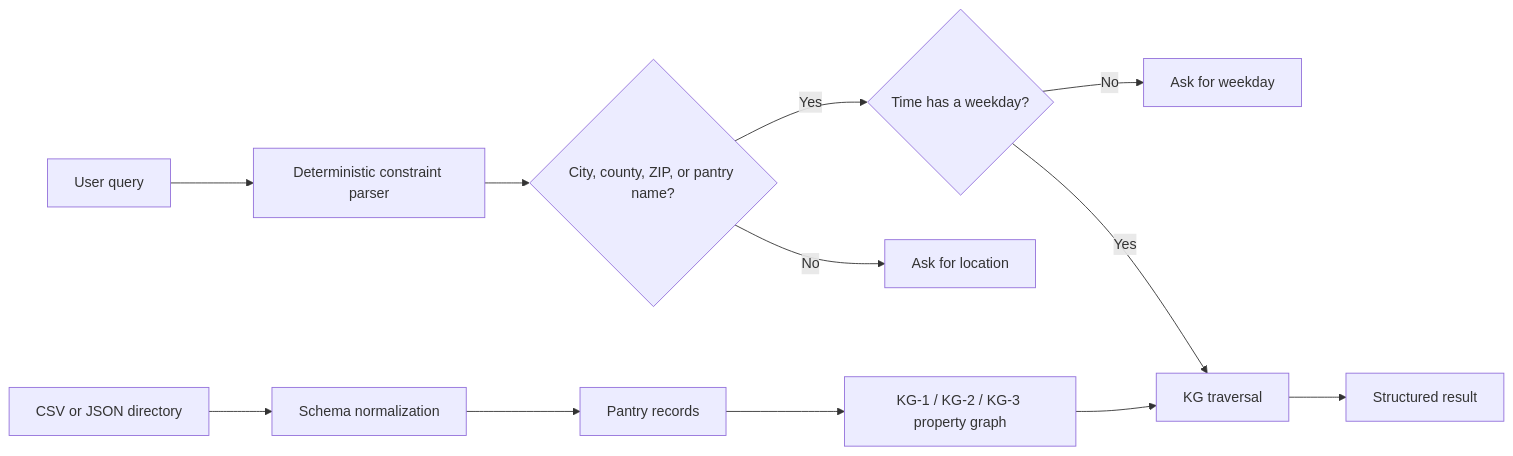
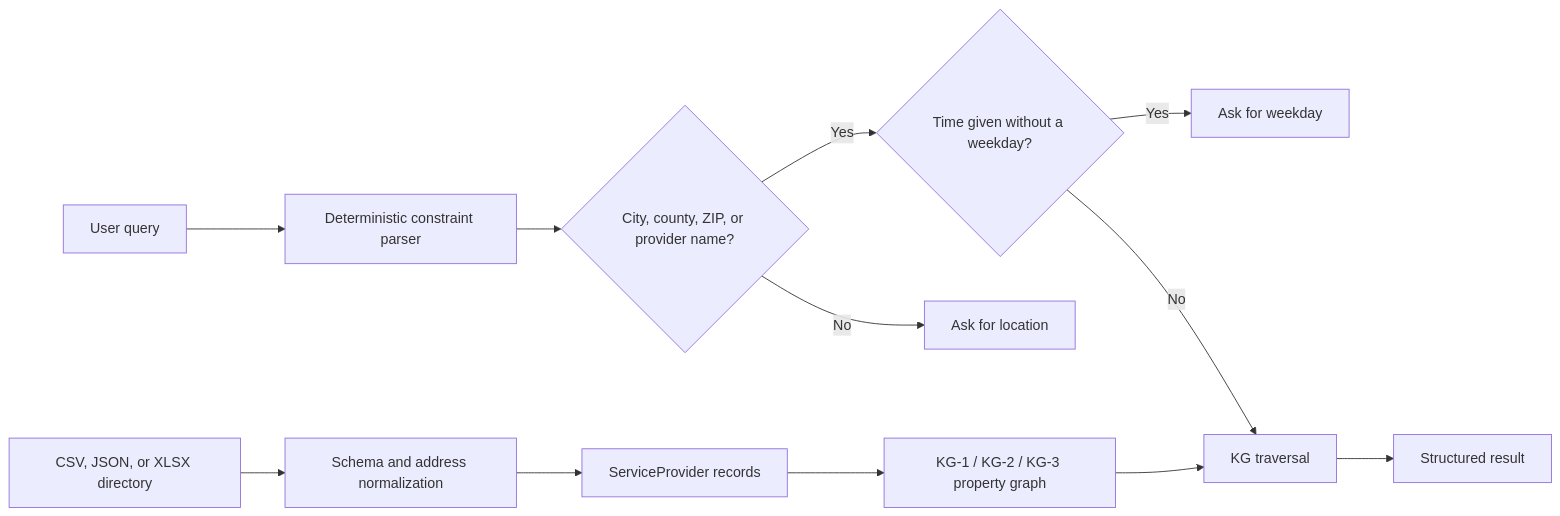
Before and after one commit to touseefhasan/trace-public-service: the diagram in README.md, drawn with Mermaid. The commit also changed other lines of this file and 19 other files, not shown here.

First line of the commit message:
Add category-aware service provider retrieval

````diff
--- a/README.md
+++ b/README.md
@@ -20,14 +24,14 @@
 ```mermaid
 flowchart LR
-    S["CSV or JSON directory"] --> I["Schema normalization"]
-    I --> P["Pantry records"]
+    S["CSV, JSON, or XLSX directory"] --> I["Schema and address normalization"]
+    I --> P["ServiceProvider records"]
     P --> G["KG-1 / KG-2 / KG-3 property graph"]
     Q["User query"] --> C["Deterministic constraint parser"]
-    C --> X{"City, county, ZIP, or pantry name?"}
+    C --> X{"City, county, ZIP, or provider name?"}
     X -- No --> CL["Ask for location"]
-    X -- Yes --> D{"Time has a weekday?"}
-    D -- No --> CD["Ask for weekday"]
-    D -- Yes --> T["KG traversal"]
+    X -- Yes --> D{"Time given without a weekday?"}
+    D -- Yes --> CD["Ask for weekday"]
+    D -- No --> T["KG traversal"]
     G --> T
     T --> O["Structured result"]
 ```
````
